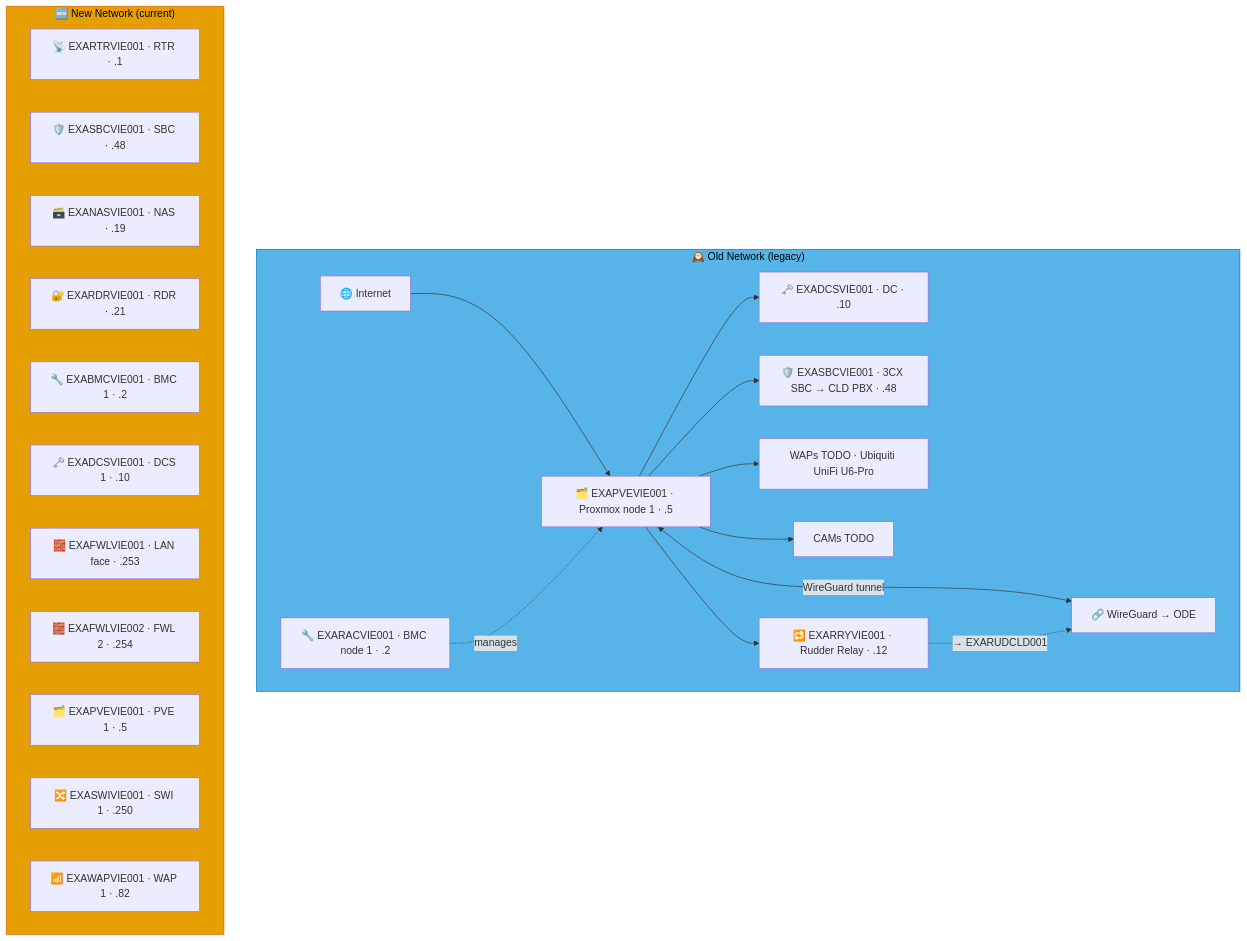
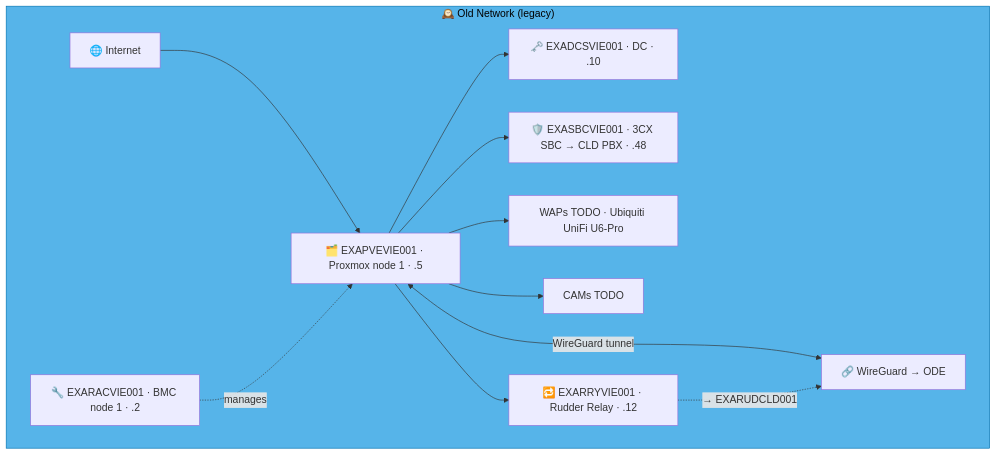
One commit to knightmare2600/example_music_infra changed the first of 2 diagrams in docs/network-diagram/osterreich.md. Above: the diagram before and after it, drawn with Mermaid. The commit also changed other lines of this file and 35 other files, not shown here.

````diff
--- a/docs/network-diagram/osterreich.md
+++ b/docs/network-diagram/osterreich.md
@@ -16,39 +16,23 @@
 ```mermaid
 graph TD
     subgraph OLD_VIE ["🕰️ Old Network (legacy)"]
       INET["🌐 Internet"]
       RAC["🔧 EXARACVIE001 · BMC node 1 · .2"]
       PVE["🗂️ EXAPVEVIE001 · Proxmox node 1 · .5"]
       DC["🗝️ EXADCSVIE001 · DC · .10"]
       SBC["🛡️ EXASBCVIE001 · 3CX SBC → CLD PBX · .48"]
       RRY["🔁 EXARRYVIE001 · Rudder Relay · .12"]
       WAP["WAPs TODO · Ubiquiti UniFi U6-Pro"]
       CAM["CAMs TODO"]
       VPN["🔗 WireGuard → ODE"]
 
       INET --> PVE --> DC & SBC
       RAC -.->|"manages"| PVE
       PVE --> WAP & CAM
       PVE <-->|"WireGuard tunnel"| VPN
 
       PVE --> RRY
       RRY -. "→ EXARUDCLD001" .-> VPN
     end
     style OLD_VIE fill:#56B4E9,stroke:#0072B2,color:#000000
-    %% GENERATED:NEW-NETWORK:VIE:START
-    subgraph NEW_VIE ["🆕 New Network (current)"]
-      N_RTR["📡 EXARTRVIE001 · RTR · .1"]
-      N_SBC["🛡️ EXASBCVIE001 · SBC · .48"]
-      N_NAS["🗃️ EXANASVIE001 · NAS · .19"]
-      N_RDR["🔐 EXARDRVIE001 · RDR · .21"]
-      N_BMC["🔧 EXABMCVIE001 · BMC 1 · .2"]
-      N_DCS["🗝️ EXADCSVIE001 · DCS 1 · .10"]
-      N_FWL["🧱 EXAFWLVIE001 · LAN face · .253"]
-      N_FWL2["🧱 EXAFWLVIE002 · FWL 2 · .254"]
-      N_PVE["🗂️ EXAPVEVIE001 · PVE 1 · .5"]
-      N_SWI["🔀 EXASWIVIE001 · SWI 1 · .250"]
-      N_WAP["📶 EXAWAPVIE001 · WAP 1 · .82"]
-    end
-    style NEW_VIE fill:#E69F00,stroke:#D55E00,color:#000000
-    %% GENERATED:NEW-NETWORK:VIE:END
 ```
````
